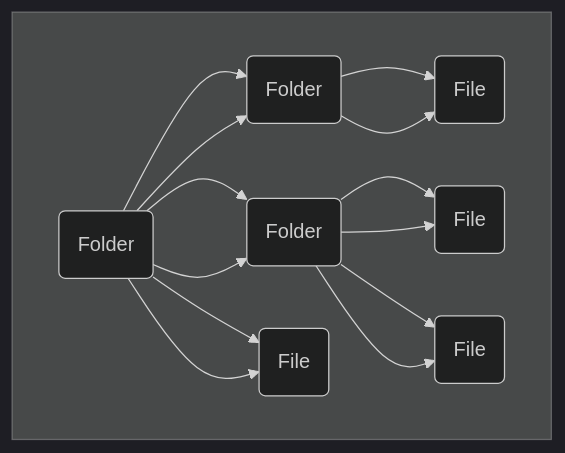
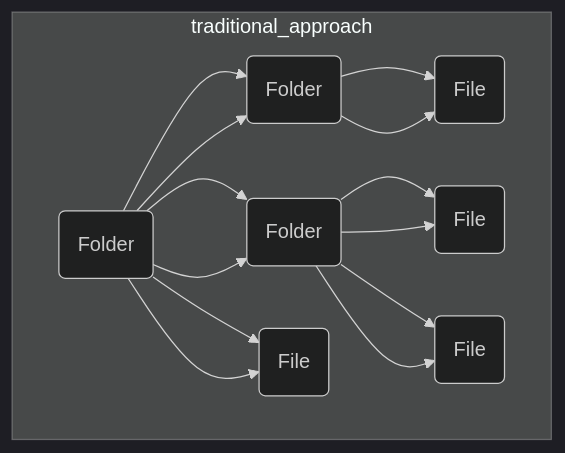
One commit to nguyenphuc22/Design-Patterns changed the first of 3 diagrams in docs/Book/3.3 Composite.md. Above: the diagram before and after it, drawn with Mermaid (dark theme).

Commit message:
Update 3.3 Composite.md

````diff
--- a/docs/Book/3.3 Composite.md
+++ b/docs/Book/3.3 Composite.md
@@ -20,25 +20,25 @@
 ```mermaid
 graph TB
     id1(Folder)
     id2(Folder)
     id3(Folder)
     id4(File)
     id5(File)
     id6(File)
     id7(File)
     id1 --> id2
     id1 --> id3
     id1 --> id4
     id2 --> id5
     id3 --> id6
     id3 --> id7
 
-    subgraph traditional_approach[ ]
+    subgraph traditional_approach
     id1 --> id2
     id2 --> id5
     id1 --> id4
     id1 --> id3
     id3 --> id6
     id3 --> id7
     end
 ```
````
